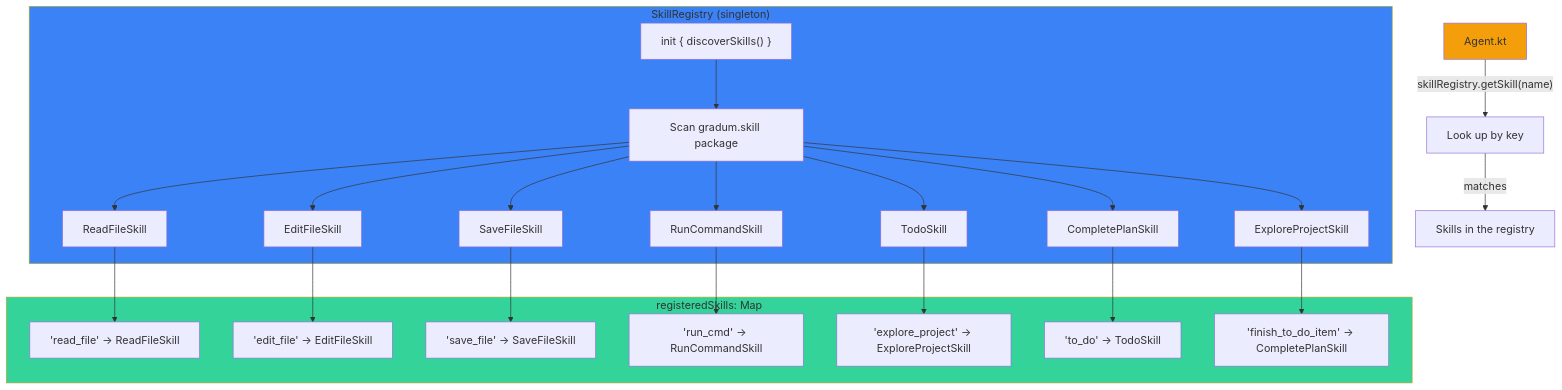
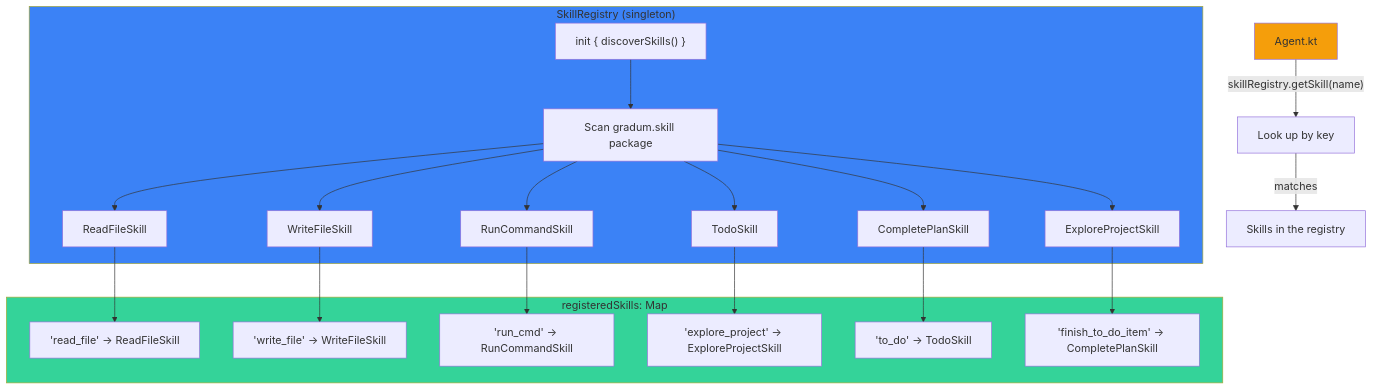
Before and after one commit to lg841226/Gradum: the first of 4 diagrams in docs/PLUGIN_DEVELOPMENT.md, drawn with Mermaid. The commit also changed other lines of this file and 41 other files, not shown here.

First line of the commit message:
feat: merge save_file and edit_file into a single write_file skill

````diff
--- a/docs/PLUGIN_DEVELOPMENT.md
+++ b/docs/PLUGIN_DEVELOPMENT.md
@@ -40,37 +40,34 @@
 ```mermaid
 flowchart TD
     subgraph Registry["SkillRegistry (singleton)"]
         Init["init { discoverSkills() }"]
         Init --> SCAN["Scan gradum.skill package"]
         SCAN --> R1["ReadFileSkill"]
-        SCAN --> R2["EditFileSkill"]
-        SCAN --> R3["SaveFileSkill"]
-        SCAN --> R4["RunCommandSkill"]
-        SCAN --> R5["TodoSkill"]
-        SCAN --> R6["CompletePlanSkill"]
-        SCAN --> R7["ExploreProjectSkill"]
+        SCAN --> R2["WriteFileSkill"]
+        SCAN --> R3["RunCommandSkill"]
+        SCAN --> R4["TodoSkill"]
+        SCAN --> R5["CompletePlanSkill"]
+        SCAN --> R6["ExploreProjectSkill"]
     end
 
     subgraph Map["registeredSkills: Map<String, Skill>"]
         Key1["'read_file' -> ReadFileSkill"]
-        Key2["'edit_file' -> EditFileSkill"]
-        Key3["'save_file' -> SaveFileSkill"]
-        Key4["'run_cmd' -> RunCommandSkill"]
-        Key5["'explore_project' -> ExploreProjectSkill"]
-        Key6["'to_do' -> TodoSkill"]
-        Key7["'finish_to_do_item' -> CompletePlanSkill"]
+        Key2["'write_file' -> WriteFileSkill"]
+        Key3["'run_cmd' -> RunCommandSkill"]
+        Key4["'explore_project' -> ExploreProjectSkill"]
+        Key5["'to_do' -> TodoSkill"]
+        Key6["'finish_to_do_item' -> CompletePlanSkill"]
     end
 
     R1 --> Key1
     R2 --> Key2
     R3 --> Key3
     R4 --> Key4
     R5 --> Key5
     R6 --> Key6
-    R7 --> Key7
     Agent[Agent.kt] -->|" skillRegistry.getSkill(name) "| SkillLook[Look up by key]
     SkillLook -->|matches| Skills[Skills in the registry]
     style Registry fill: #3b82f6
     style Map fill: #34d399
     style Agent fill: #f59e0b
 ```
````
